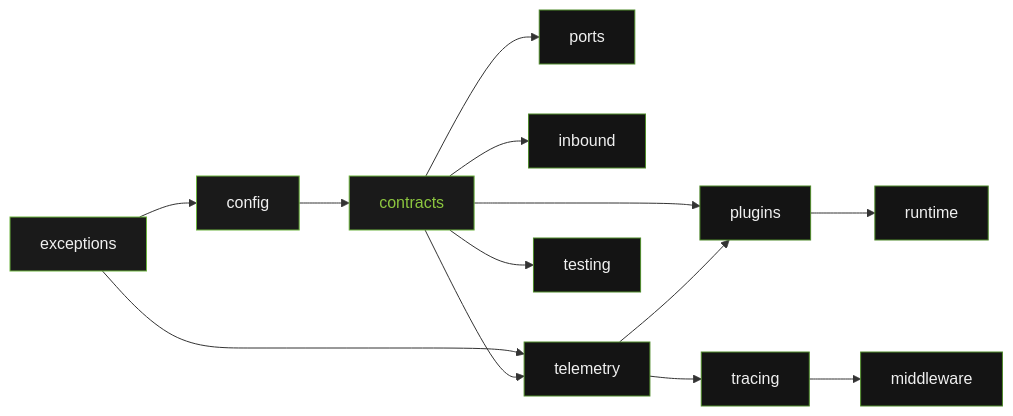
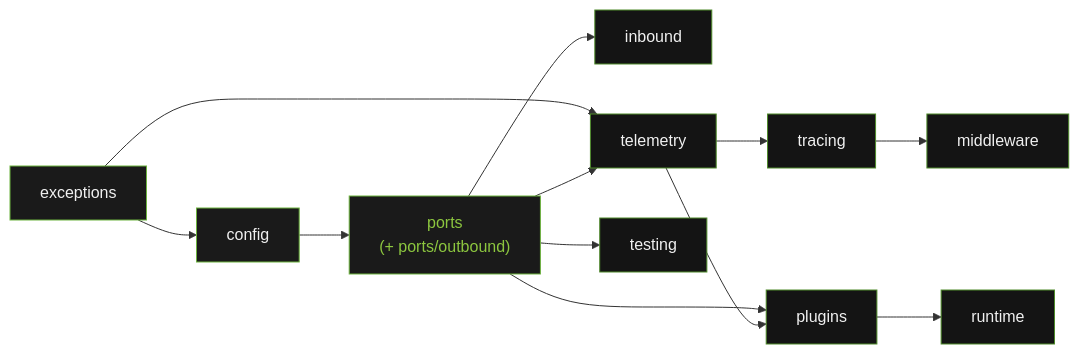
One commit to Furious-Meteors/openframe-core changed the first of 3 diagrams in docs/technical/architecture/system-architecture.md. Above: the diagram before and after it, drawn with Mermaid. The commit also changed other lines of this file and 59 other files, not shown here.

Commit message:
Merge openframe.core.contracts into openframe.core.ports and split outbound protocols into ports/outbound/ (v3.1.0)

````diff
--- a/docs/technical/architecture/system-architecture.md
+++ b/docs/technical/architecture/system-architecture.md
@@ -23,35 +30,32 @@
 ```mermaid
 flowchart LR
     EX["exceptions"]
     CF["config"]
-    CO["contracts"]
-    PO["ports"]
+    PO["ports\n(+ ports/outbound)"]
     IN["inbound"]
     TE["telemetry"]
     TR["tracing"]
     MW["middleware"]
     PL["plugins"]
     RT["runtime"]
     TS["testing"]
 
-    EX --> CF --> CO
+    EX --> CF --> PO
     EX --> TE
-    CO --> PO
-    CO --> IN
-    CO --> TE --> TR --> MW
-    CO --> PL --> RT
+    PO --> IN
+    PO --> TE --> TR --> MW
+    PO --> PL --> RT
     TE --> PL
-    CO --> TS
+    PO --> TS
 
     style EX fill:#1a1a1a,color:#F0F0F0,stroke:#6DB33F
     style CF fill:#1a1a1a,color:#F0F0F0,stroke:#6DB33F
-    style CO fill:#1a1a1a,color:#8CC63F,stroke:#6DB33F
-    style PO fill:#141414,color:#F0F0F0,stroke:#4E8A2A
+    style PO fill:#1a1a1a,color:#8CC63F,stroke:#6DB33F
     style IN fill:#141414,color:#F0F0F0,stroke:#4E8A2A
     style TE fill:#141414,color:#F0F0F0,stroke:#4E8A2A
     style TR fill:#141414,color:#F0F0F0,stroke:#4E8A2A
     style MW fill:#141414,color:#F0F0F0,stroke:#4E8A2A
     style PL fill:#141414,color:#F0F0F0,stroke:#4E8A2A
     style RT fill:#141414,color:#F0F0F0,stroke:#4E8A2A
     style TS fill:#141414,color:#F0F0F0,stroke:#4E8A2A
 ```
````
